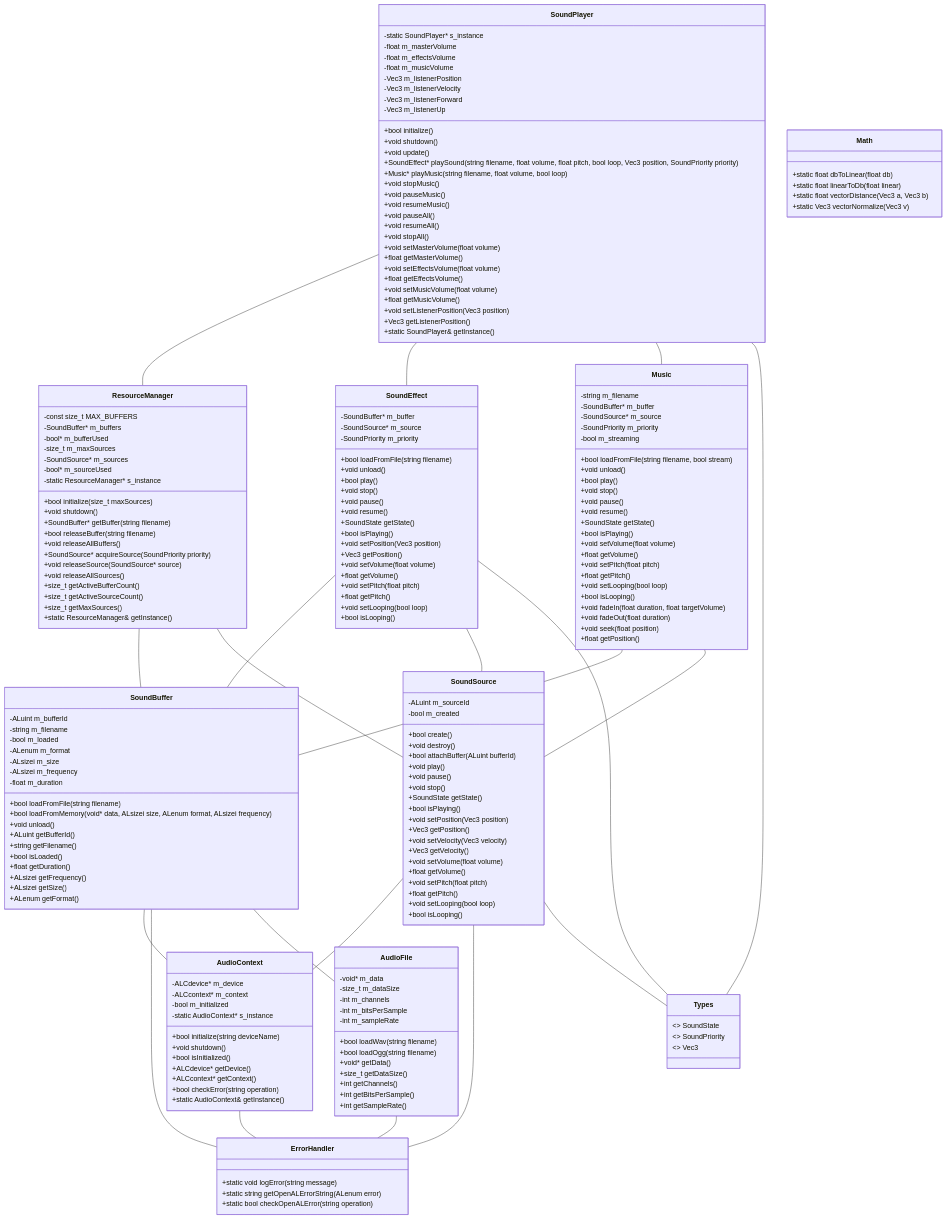
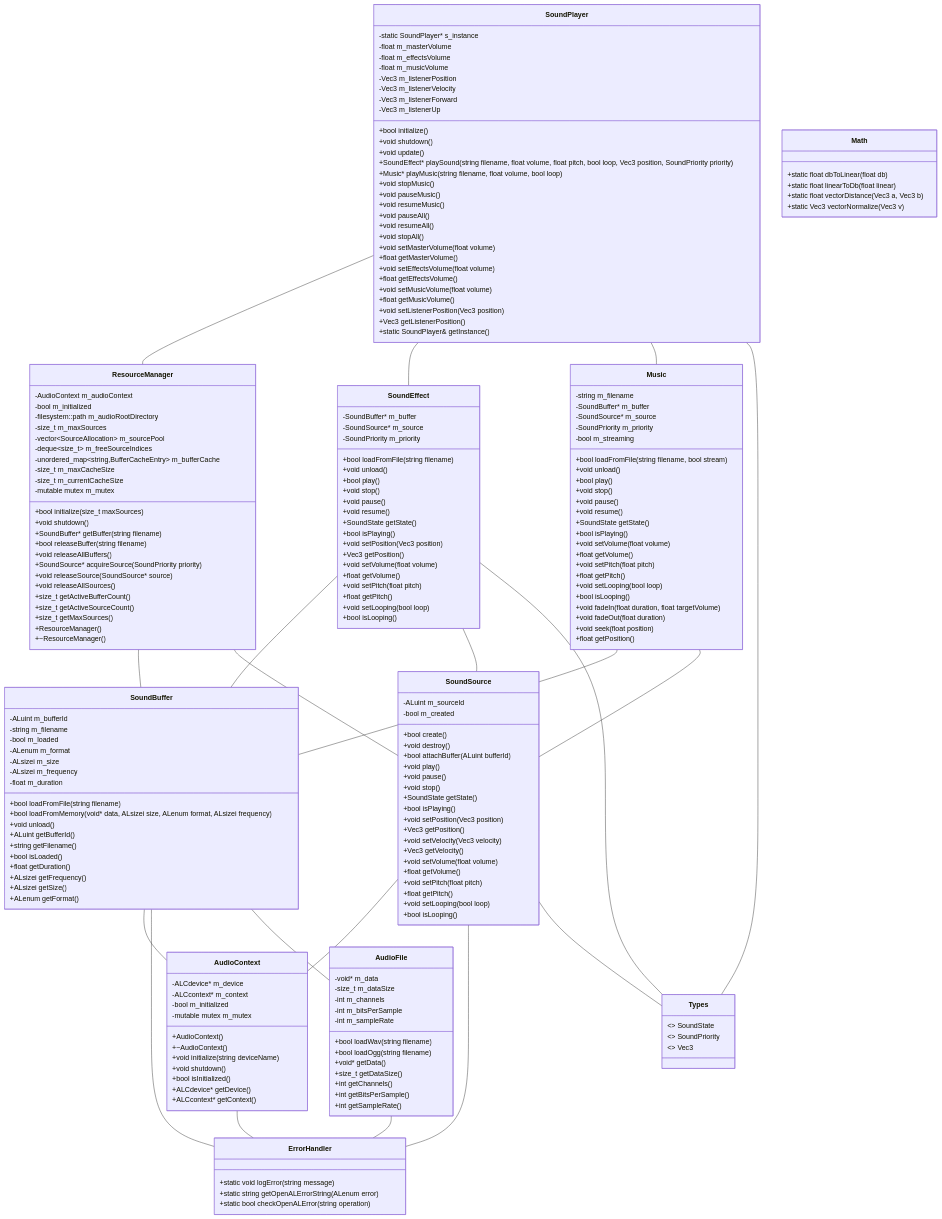
One commit to nircoe/soundcoe changed the diagram in design/class.md. Above: the diagram before and after it, drawn with Mermaid. The commit also changed 29 other files, not shown here.

```diff
--- a/design/class.md
+++ b/design/class.md
@@ -5,14 +5,14 @@
         -ALCdevice* m_device
         -ALCcontext* m_context
         -bool m_initialized
-        -static AudioContext* s_instance
-        +bool initialize(string deviceName)
+        -mutable mutex m_mutex
+        +AudioContext()
+        +~AudioContext()
+        +void initialize(string deviceName)
         +void shutdown()
         +bool isInitialized()
         +ALCdevice* getDevice()
         +ALCcontext* getContext()
-        +bool checkError(string operation)
-        +static AudioContext& getInstance()
     }
     
     class ErrorHandler {
@@ -72,13 +72,16 @@
     }
     
     class ResourceManager {
-        -const size_t MAX_BUFFERS
-        -SoundBuffer* m_buffers
-        -bool* m_bufferUsed
+        -AudioContext m_audioContext
+        -bool m_initialized
+        -filesystem::path m_audioRootDirectory
         -size_t m_maxSources
-        -SoundSource* m_sources
-        -bool* m_sourceUsed
-        -static ResourceManager* s_instance
+        -vector~SourceAllocation~ m_sourcePool
+        -deque~size_t~ m_freeSourceIndices
+        -unordered_map~string,BufferCacheEntry~ m_bufferCache
+        -size_t m_maxCacheSize
+        -size_t m_currentCacheSize
+        -mutable mutex m_mutex
         +bool initialize(size_t maxSources)
         +void shutdown()
         +SoundBuffer* getBuffer(string filename)
@@ -90,7 +93,8 @@
         +size_t getActiveBufferCount()
         +size_t getActiveSourceCount()
         +size_t getMaxSources()
-        +static ResourceManager& getInstance()
+        +ResourceManager()
+        +~ResourceManager()
     }
     
     %% Playback Layer
```
